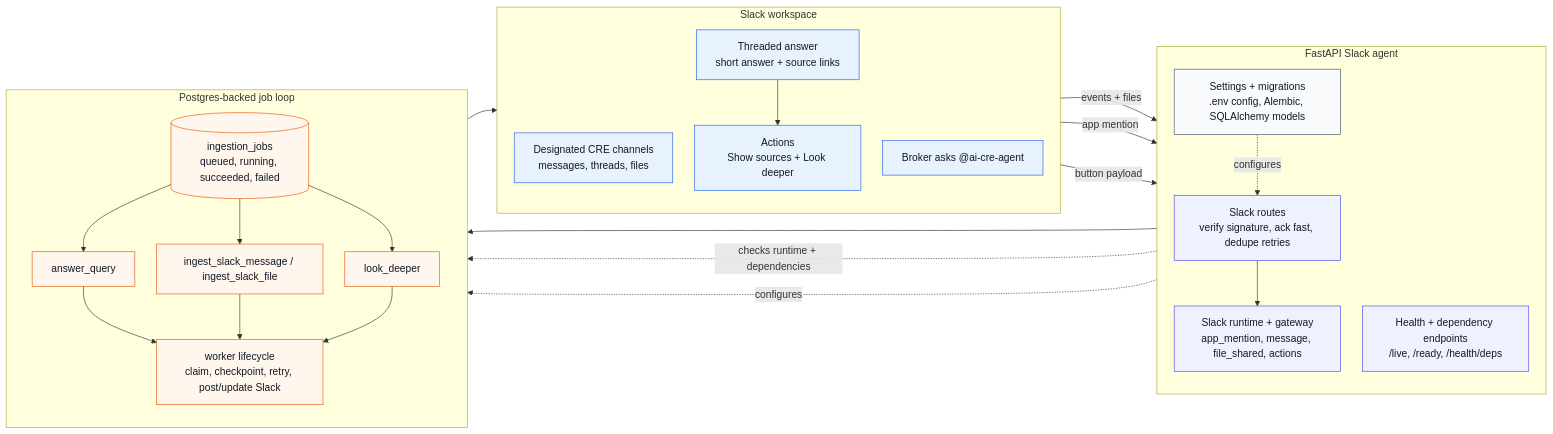
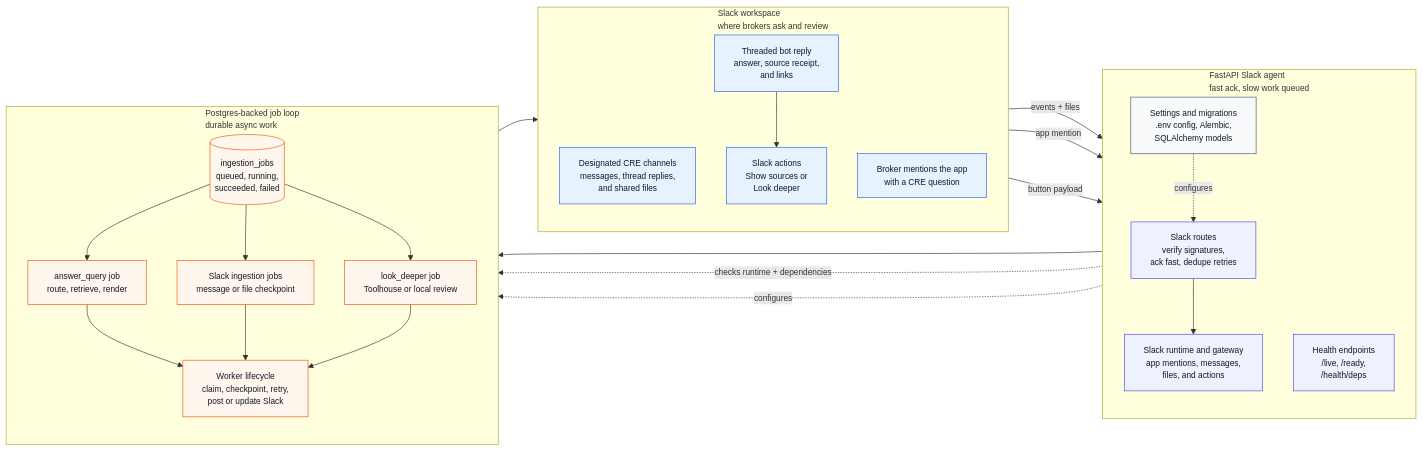
Before and after one commit to Aqwerty321/CRE-Knowledge-Engine: the first of 8 diagrams in README.md, drawn with Mermaid. The commit also changed other lines of this file and 6 other files, not shown here.

Commit message:
Update documentation and validation metrics across multiple files; improve clarity and accuracy of system architecture and retrieval processes.

````diff
--- a/README.md
+++ b/README.md
@@ -31,54 +31,54 @@
 ```mermaid
-%%{init: {"flowchart": {"curve": "basis", "nodeSpacing": 34, "rankSpacing": 46}} }%%
+%%{init: {"flowchart": {"htmlLabels": true, "curve": "basis", "nodeSpacing": 48, "rankSpacing": 62, "wrappingWidth": 190}, "themeVariables": {"fontSize": "13px"}} }%%
 flowchart LR
     classDef surface fill:#e8f2ff,stroke:#2563eb,color:#111827
     classDef app fill:#eef2ff,stroke:#4f46e5,color:#111827
     classDef jobs fill:#fff7ed,stroke:#ea580c,color:#111827
     classDef config fill:#f8fafc,stroke:#475569,color:#111827
 
-    subgraph S[Slack workspace]
+    subgraph S["Slack workspace<br/>where brokers ask and review"]
         direction TB
-        S1[Designated CRE channels\nmessages, threads, files]
-        S2[Broker asks @ai-cre-agent]
-        S3[Actions\nShow sources + Look deeper]
-        S4[Threaded answer\nshort answer + source links]
+        S1["Designated CRE channels<br/>messages, thread replies,<br/>and shared files"]
+        S2["Broker mentions the app<br/>with a CRE question"]
+        S3["Slack actions<br/>Show sources or<br/>Look deeper"]
+        S4["Threaded bot reply<br/>answer, source receipt,<br/>and links"]
     end
 
-    subgraph A[FastAPI Slack agent]
+    subgraph A["FastAPI Slack agent<br/>fast ack, slow work queued"]
         direction TB
-        A1[Slack routes\nverify signature, ack fast, dedupe retries]
-        A2[Slack runtime + gateway\napp_mention, message, file_shared, actions]
-        A3[Health + dependency endpoints\n/live, /ready, /health/deps]
-        A5[Settings + migrations\n.env config, Alembic, SQLAlchemy models]
+        A1["Slack routes<br/>verify signatures,<br/>ack fast, dedupe retries"]
+        A2["Slack runtime and gateway<br/>app mentions, messages,<br/>files, and actions"]
+        A3["Health endpoints<br/>/live, /ready,<br/>/health/deps"]
+        A5["Settings and migrations<br/>.env config, Alembic,<br/>SQLAlchemy models"]
     end
 
-    subgraph J[Postgres-backed job loop]
+    subgraph J["Postgres-backed job loop<br/>durable async work"]
         direction TB
-        J0[(ingestion_jobs\nqueued, running, succeeded, failed)]
-        J1[answer_query]
-        J2[ingest_slack_message / ingest_slack_file]
-        J3[look_deeper]
-        J4[worker lifecycle\nclaim, checkpoint, retry, post/update Slack]
+        J0[("ingestion_jobs<br/>queued, running,<br/>succeeded, failed")]
+        J1["answer_query job<br/>route, retrieve, render"]
+        J2["Slack ingestion jobs<br/>message or file checkpoint"]
+        J3["look_deeper job<br/>Toolhouse or local review"]
+        J4["Worker lifecycle<br/>claim, checkpoint, retry,<br/>post or update Slack"]
     end
 
     S1 -->|events + files| A1
     S2 -->|app mention| A1
     S3 -->|button payload| A1
     A1 --> A2
     A2 --> J0
     J0 --> J1
     J0 --> J2
     J0 --> J3
     J1 --> J4 --> S4
     J2 --> J4
     J3 --> J4
     S4 --> S3
     A3 -.checks runtime + dependencies.-> J0
     A5 -.configures.-> A1
     A5 -.configures.-> J0
 
     class S1,S2,S3,S4 surface
     class A1,A2,A3 app
     class A5 config
     class J0,J1,J2,J3,J4 jobs
 ```
````
